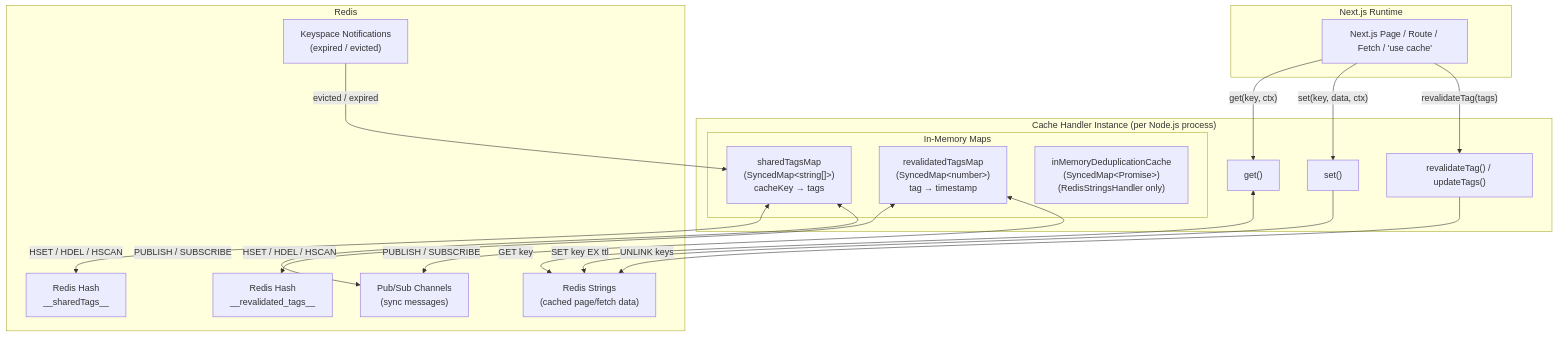
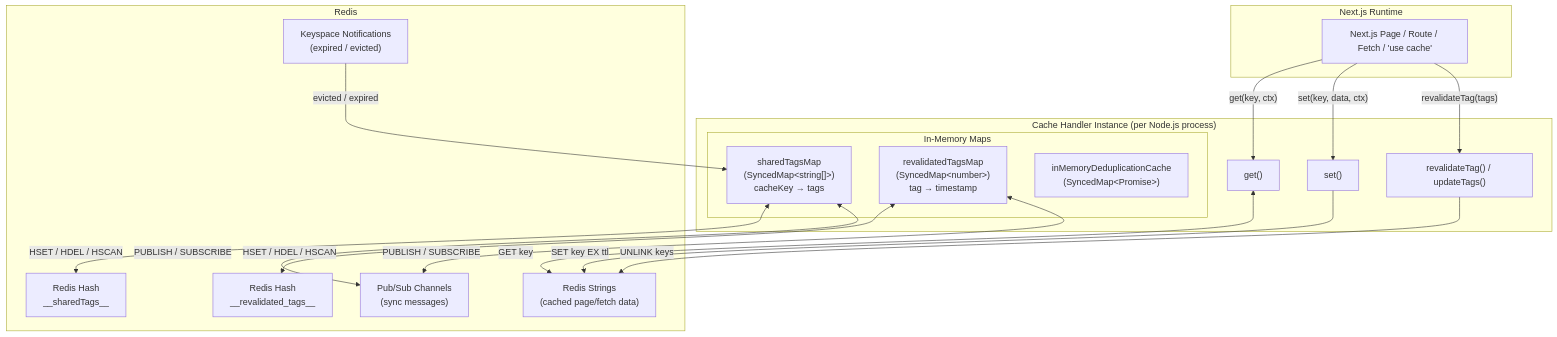
One commit to trieb-work/nextjs-turbo-redis-cache changed the first of 9 diagrams in ARCHITECTURE.md. Above: the diagram before and after it, drawn with Mermaid. The commit also changed other lines of this file and 262 other files, not shown here.

````diff
--- a/ARCHITECTURE.md
+++ b/ARCHITECTURE.md
@@ -31,40 +31,40 @@
 ```mermaid
 flowchart TB
     subgraph "Next.js Runtime"
         NX["Next.js Page / Route / Fetch / 'use cache'"]
     end
 
     subgraph "Cache Handler Instance (per Node.js process)"
         GET["get()"]
         SET["set()"]
         REV["revalidateTag() / updateTags()"]
 
         subgraph "In-Memory Maps"
             STM["sharedTagsMap\n(SyncedMap&lt;string[]&gt;)\ncacheKey → tags"]
             RTM["revalidatedTagsMap\n(SyncedMap&lt;number&gt;)\ntag → timestamp"]
-            DEDUP["inMemoryDeduplicationCache\n(SyncedMap&lt;Promise&gt;)\n(RedisStringsHandler only)"]
+            DEDUP["inMemoryDeduplicationCache\n(SyncedMap&lt;Promise&gt;)"]
         end
     end
 
     subgraph "Redis"
         RS["Redis Strings\n(cached page/fetch data)"]
         RH1["Redis Hash\n__sharedTags__"]
         RH2["Redis Hash\n__revalidated_tags__"]
         PUBSUB["Pub/Sub Channels\n(sync messages)"]
         KSN["Keyspace Notifications\n(expired / evicted)"]
     end
 
     NX -->|"get(key, ctx)"| GET
     NX -->|"set(key, data, ctx)"| SET
     NX -->|"revalidateTag(tags)"| REV
 
     GET <-->|"GET key"| RS
     SET -->|"SET key EX ttl"| RS
     REV -->|"UNLINK keys"| RS
 
     STM <-->|"HSET / HDEL / HSCAN"| RH1
     RTM <-->|"HSET / HDEL / HSCAN"| RH2
     STM <-->|"PUBLISH / SUBSCRIBE"| PUBSUB
     RTM <-->|"PUBLISH / SUBSCRIBE"| PUBSUB
     KSN -->|"evicted / expired"| STM
 ```
````
